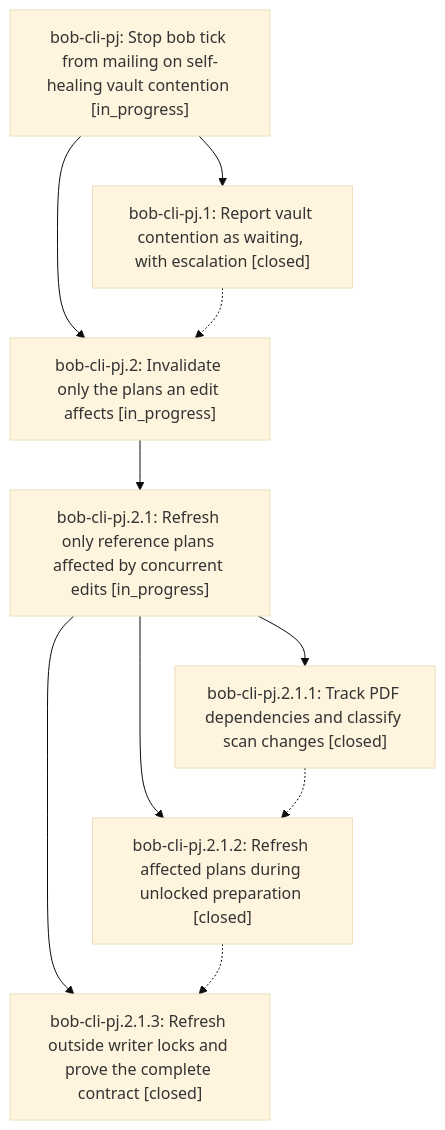
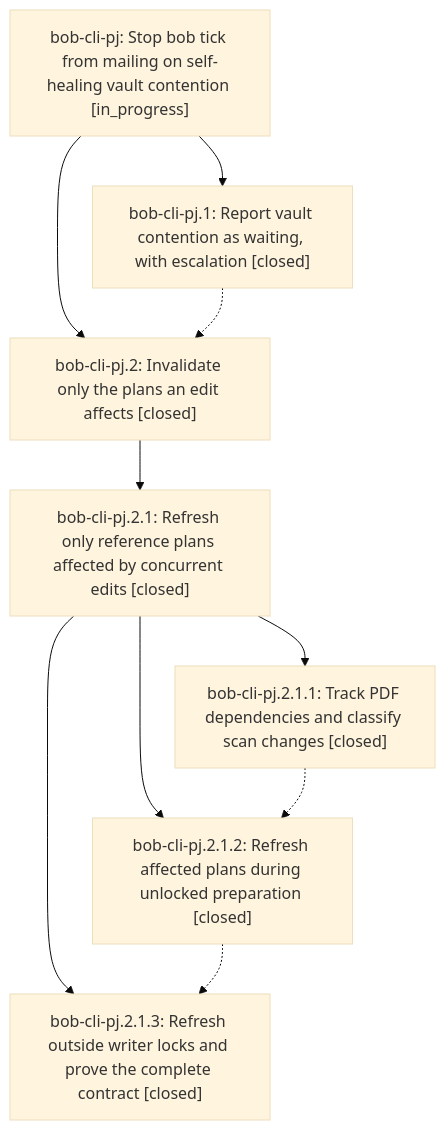
One commit to bobs-org/bob-cli--beads changed the diagram in pages/bob-cli-pj/README.md. Above: the diagram before and after it, drawn with Mermaid (base theme). The commit also changed other lines of this file and 4 other files, not shown here.

First line of the commit message:
chore(beads): sync bead state and pages for bob-cli-pj

````diff
--- a/pages/bob-cli-pj/README.md
+++ b/pages/bob-cli-pj/README.md
@@ -37,19 +37,19 @@
 ```mermaid
 flowchart TD
     n0["bob-cli-pj: Stop bob tick from mailing on self-healing vault contention [in_progress]"]
     n1["bob-cli-pj.1: Report vault contention as waiting, with escalation [closed]"]
-    n2["bob-cli-pj.2: Invalidate only the plans an edit affects [in_progress]"]
-    n3["bob-cli-pj.2.1: Refresh only reference plans affected by concurrent edits [in_progress]"]
+    n2["bob-cli-pj.2: Invalidate only the plans an edit affects [closed]"]
+    n3["bob-cli-pj.2.1: Refresh only reference plans affected by concurrent edits [closed]"]
     n4["bob-cli-pj.2.1.1: Track PDF dependencies and classify scan changes [closed]"]
     n5["bob-cli-pj.2.1.2: Refresh affected plans during unlocked preparation [closed]"]
     n6["bob-cli-pj.2.1.3: Refresh outside writer locks and prove the complete contract [closed]"]
     n0 --> n1
     n0 --> n2
     n2 --> n3
     n3 --> n4
     n3 --> n5
     n3 --> n6
     n1 -.-> n2
     n4 -.-> n5
     n5 -.-> n6
 ```
````
